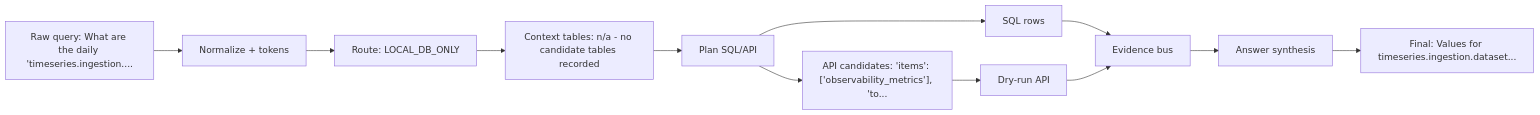
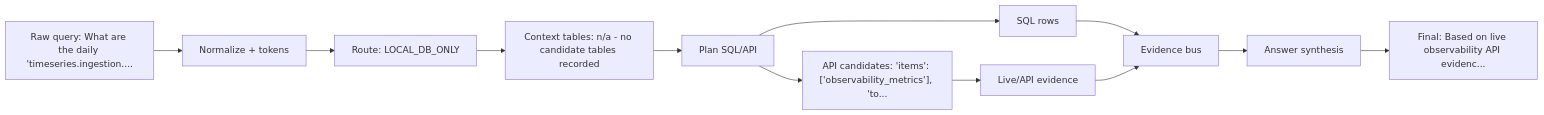
The diagram in outputs/visualizations/query_example_033_dataflow.md (dashsys-workshop-vldb/dashsys-workshop-vldb.github.io), drawn with Mermaid before and after one commit. The commit also changed other lines of this file and 662 other files, not shown here.

````diff
--- a/outputs/visualizations/query_example_033_dataflow.md
+++ b/outputs/visualizations/query_example_033_dataflow.md
@@ -17,14 +17,14 @@
 ```mermaid
 flowchart LR
   Q["Raw query: What are the daily 'timeseries.ingestion...."] --> N["Normalize + tokens"]
   N --> R["Route: LOCAL_DB_ONLY"]
   R --> C["Context tables: n/a - no candidate tables recorded"]
   C --> P["Plan SQL/API"]
   P --> S["SQL rows"]
   P --> A["API candidates: 'items': ['observability_metrics'], 'to..."]
-  A --> E["Dry-run API"]
+  A --> E["Live/API evidence"]
   S --> V["Evidence bus"]
   E --> V
   V --> H["Answer synthesis"]
-  H --> F["Final: Values for timeseries.ingestion.dataset..."]
+  H --> F["Final: Based on live observability API evidenc..."]
 ```
````
